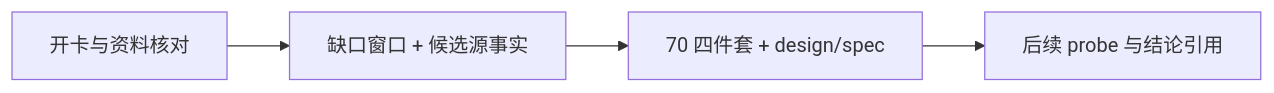
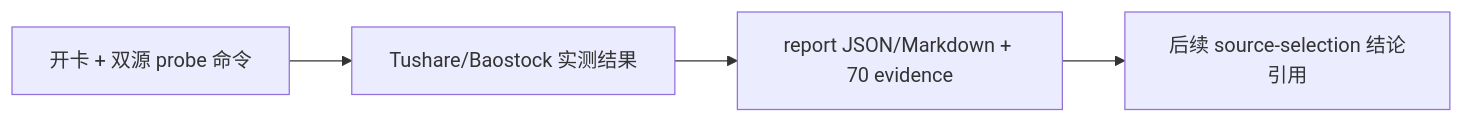
One commit to everything-is-simple/lifespan-0.01 changed the diagram in docs/03-execution/evidence/70-historical-objective-profile-backfill-source-selection-and-governance-evidence-20260415.md. Above: the diagram before and after it, drawn with Mermaid. The commit also changed other lines of this file and 1 other file, not shown here.

Commit message:
docs: record initial objective source probe findings

````diff
--- a/docs/03-execution/evidence/70-historical-objective-profile-backfill-source-selection-and-governance-evidence-20260415.md
+++ b/docs/03-execution/evidence/70-historical-objective-profile-backfill-source-selection-and-governance-evidence-20260415.md
@@ -49,6 +69,6 @@
 ```mermaid
 flowchart LR
-    CMD["开卡与资料核对"] --> OUT["缺口窗口 + 候选源事实"]
-    OUT --> ART["70 四件套 + design/spec"]
-    ART --> REF["后续 probe 与结论引用"]
+    CMD["开卡 + 双源 probe 命令"] --> OUT["Tushare/Baostock 实测结果"]
+    OUT --> ART["report JSON/Markdown + 70 evidence"]
+    ART --> REF["后续 source-selection 结论引用"]
 ```
````
